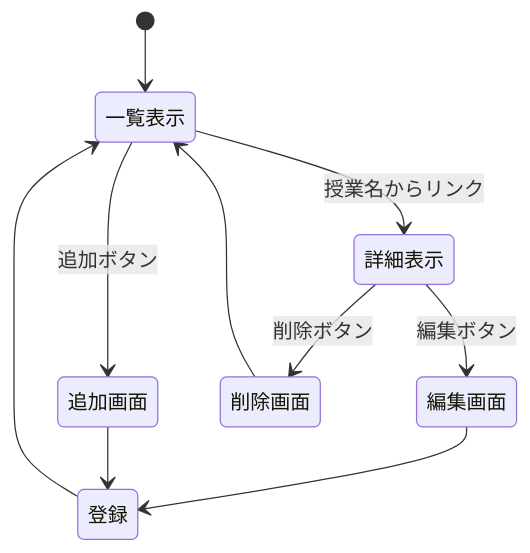
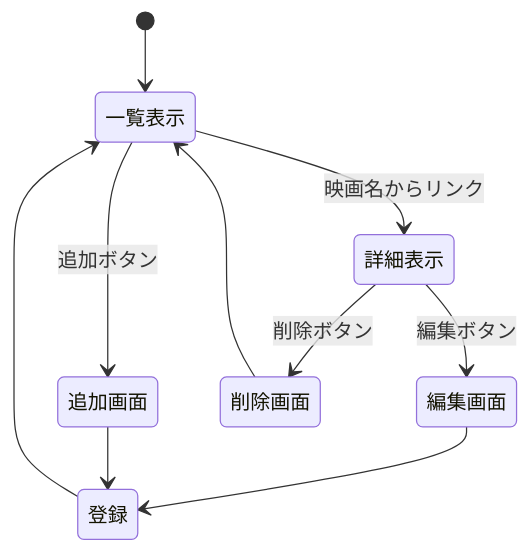
The diagram in spec.md (matsu-c1/webpro_06), drawn with Mermaid before and after one commit. The commit also changed 1 other file, not shown here.

Commit message:
ファイナル最終ラスト

````diff
--- a/spec.md
+++ b/spec.md
@@ -45,12 +45,12 @@
 ```mermaid
 stateDiagram-v2
     [*] --> 一覧表示
-    一覧表示 --> 詳細表示: 授業名からリンク
+    一覧表示 --> 詳細表示: 映画名からリンク
     詳細表示 --> 編集画面: 編集ボタン
     編集画面 --> 登録
     登録 --> 一覧表示
     一覧表示 --> 追加画面: 追加ボタン
     追加画面 --> 登録
     詳細表示 --> 削除画面: 削除ボタン
     削除画面 --> 一覧表示
 ```
````
